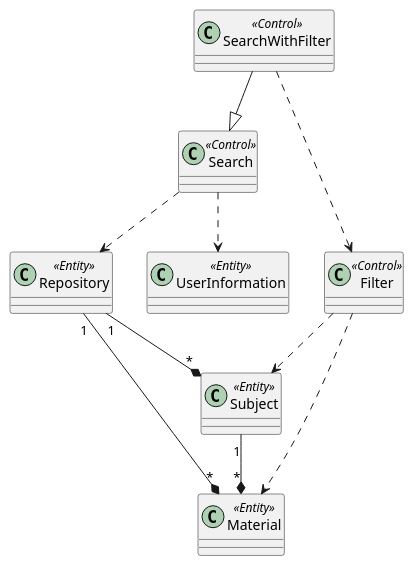
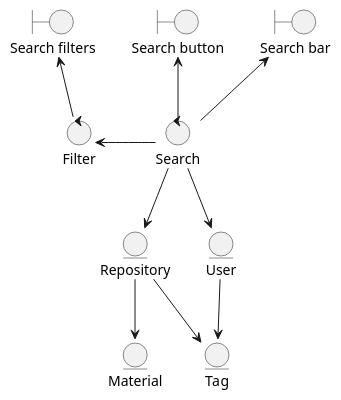
Before and after one commit to toffernator/blueberry: the diagram in docs/uml/analysis-objects.puml, drawn with PlantUML. The commit also changed 2 other files, not shown here.

Commit message:
Update diagrams to better match program

```diff
--- a/docs/uml/analysis-objects.puml
+++ b/docs/uml/analysis-objects.puml
@@ -1,25 +1,27 @@
 @startuml
 
-class Material <<Entity>>
-class Repository <<Entity>>
-class UserInformation <<Entity>>
-class Subject <<Entity>>
-class Search <<Control>>
-class SearchWithFilter <<Control>>
-class Filter <<Control>>
+entity Material
+entity Repository
+entity User
+entity Tag
+control Search
+control Filter
+boundary "Search bar" as sbar
+boundary "Search filters" as sfil
+boundary "Search button" as sbut
 
-Repository "1" --* "*" Material
-Repository "1" --* "*" Subject
 
-Subject "1" --* "*" Material
+Filter -up-> sfil
 
-SearchWithFilter --|> Search
-SearchWithFilter ..> Filter
+Search -left-> Filter
+Search -up-> sbar
+Search -up-> sbut 
 
-Search ..> Repository
-Search ..> UserInformation
+Search --> Repository
+Search --> User
 
-Filter ..> Subject
-Filter ..> Material
+User --> Tag
 
+Repository --> Tag
+Repository --> Material
 @enduml
```
